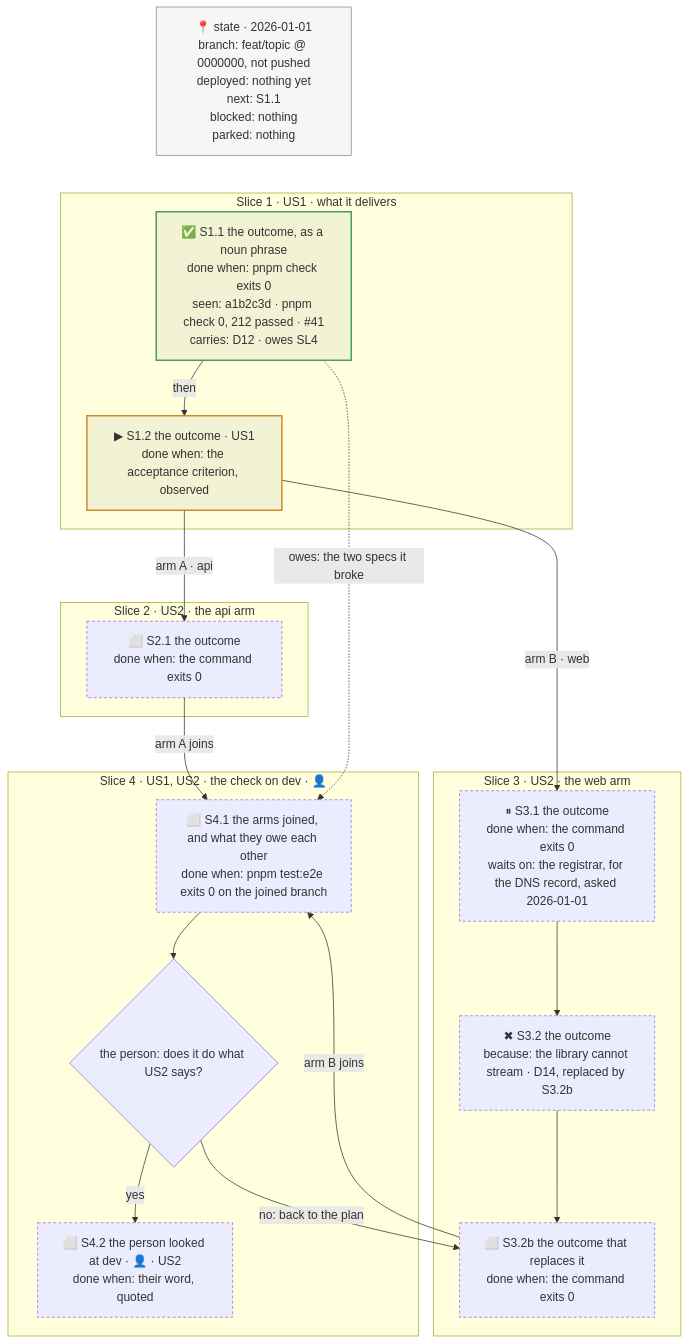
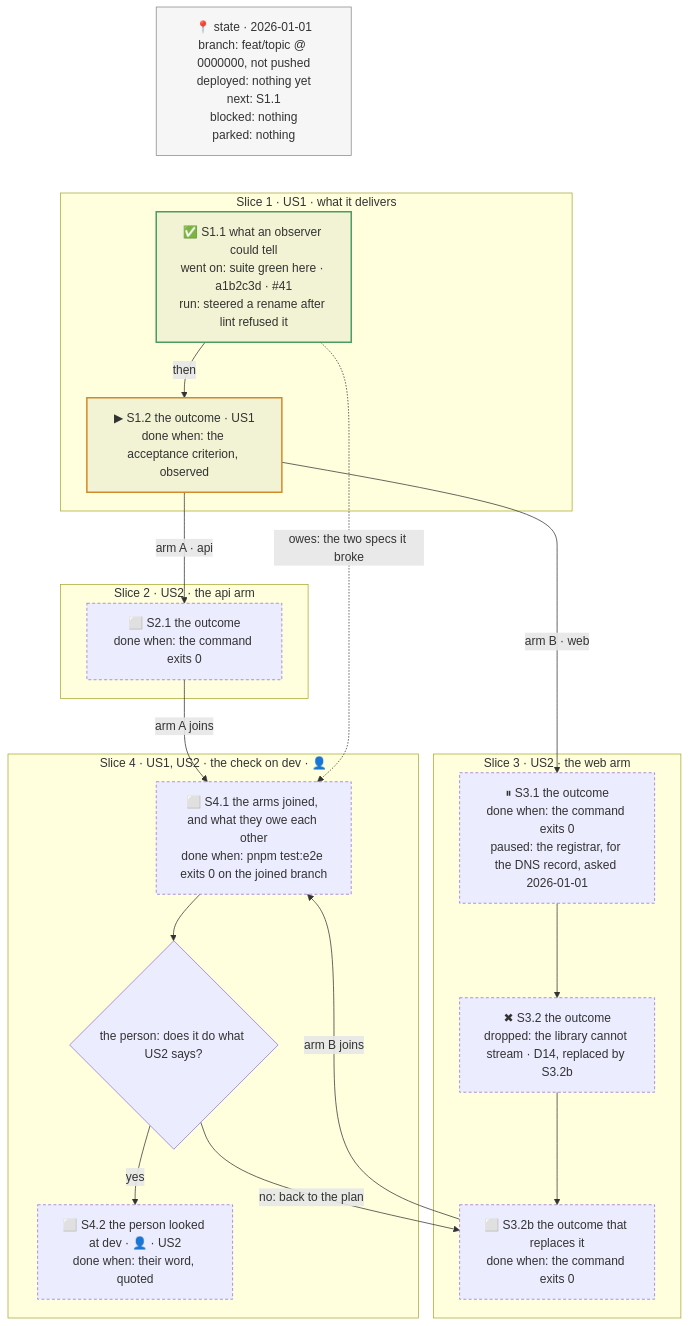
Before and after one commit to Ovich/charrette: the diagram in skills/execute-plan/references/tracker-skeleton.md, drawn with Mermaid. The commit also changed 9 other files, not shown here.

First line of the commit message:
release: v2.2.1, a step says what it delivers and why the orchestrator went on, and the tracker opens the plan

````diff
--- a/skills/execute-plan/references/tracker-skeleton.md
+++ b/skills/execute-plan/references/tracker-skeleton.md
@@ -8,47 +8,47 @@
 ```mermaid
 flowchart TB
   %% tracker
   ST["📍 state · 2026-01-01<br/>branch: feat/topic @ 0000000, not pushed<br/>deployed: nothing yet<br/>next: S1.1<br/>blocked: nothing<br/>parked: nothing"]
 
   subgraph SL1["Slice 1 · US1 · what it delivers"]
-    S1.1["✅ S1.1 the outcome, as a noun phrase<br/>done when: pnpm check exits 0<br/>seen: a1b2c3d · pnpm check 0, 212 passed · #41<br/>carries: D12 · owes SL4"]
+    S1.1["✅ S1.1 what an observer could tell<br/>went on: suite green here · a1b2c3d · #41<br/>run: steered a rename after lint refused it"]
     S1.2["▶ S1.2 the outcome · US1<br/>done when: the acceptance criterion, observed"]
   end
 
   subgraph SL2["Slice 2 · US2 · the api arm"]
     S2.1["⬜ S2.1 the outcome<br/>done when: the command exits 0"]
   end
 
   subgraph SL3["Slice 3 · US2 · the web arm"]
-    S3.1["⏸ S3.1 the outcome<br/>done when: the command exits 0<br/>waits on: the registrar, for the DNS record, asked 2026-01-01"]
-    S3.2["✖ S3.2 the outcome<br/>because: the library cannot stream · D14, replaced by S3.2b"]
+    S3.1["⏸ S3.1 the outcome<br/>done when: the command exits 0<br/>paused: the registrar, for the DNS record, asked 2026-01-01"]
+    S3.2["✖ S3.2 the outcome<br/>dropped: the library cannot stream · D14, replaced by S3.2b"]
     S3.2b["⬜ S3.2b the outcome that replaces it<br/>done when: the command exits 0"]
   end
 
   subgraph SL4["Slice 4 · US1, US2 · the check on dev · 👤"]
     S4.1["⬜ S4.1 the arms joined, and what they owe each other<br/>done when: pnpm test:e2e exits 0 on the joined branch"]
     G4{"the person: does it do what US2 says?"}
     S4.2["⬜ S4.2 the person looked at dev · 👤 · US2<br/>done when: their word, quoted"]
   end
 
   ST ~~~ S1.1
   S1.1 -->|"then"| S1.2
   S1.2 -->|"arm A · api"| S2.1
   S1.2 -->|"arm B · web"| S3.1
   S3.1 --> S3.2 --> S3.2b
   S2.1 -->|"arm A joins"| S4.1
   S3.2b -->|"arm B joins"| S4.1
   S4.1 --> G4
   G4 -->|"yes"| S4.2
   G4 -->|"no: back to the plan"| S3.2b
   S1.1 -.->|"owes: the two specs it broke"| S4.1
 
   classDef done stroke:#4a9d5f,stroke-width:2px,fill:#7f7f7f1a
   classDef next stroke:#d08b28,stroke-width:2px,fill:#7f7f7f1a
   classDef todo stroke-dasharray:4 3
   classDef state stroke:#8a8a8a,stroke-width:1px,fill:#7f7f7f12
   class S1.1 done
   class S1.2 next
   class S2.1,S3.1,S3.2,S3.2b,S4.1,S4.2 todo
   class ST state
 ```
````
